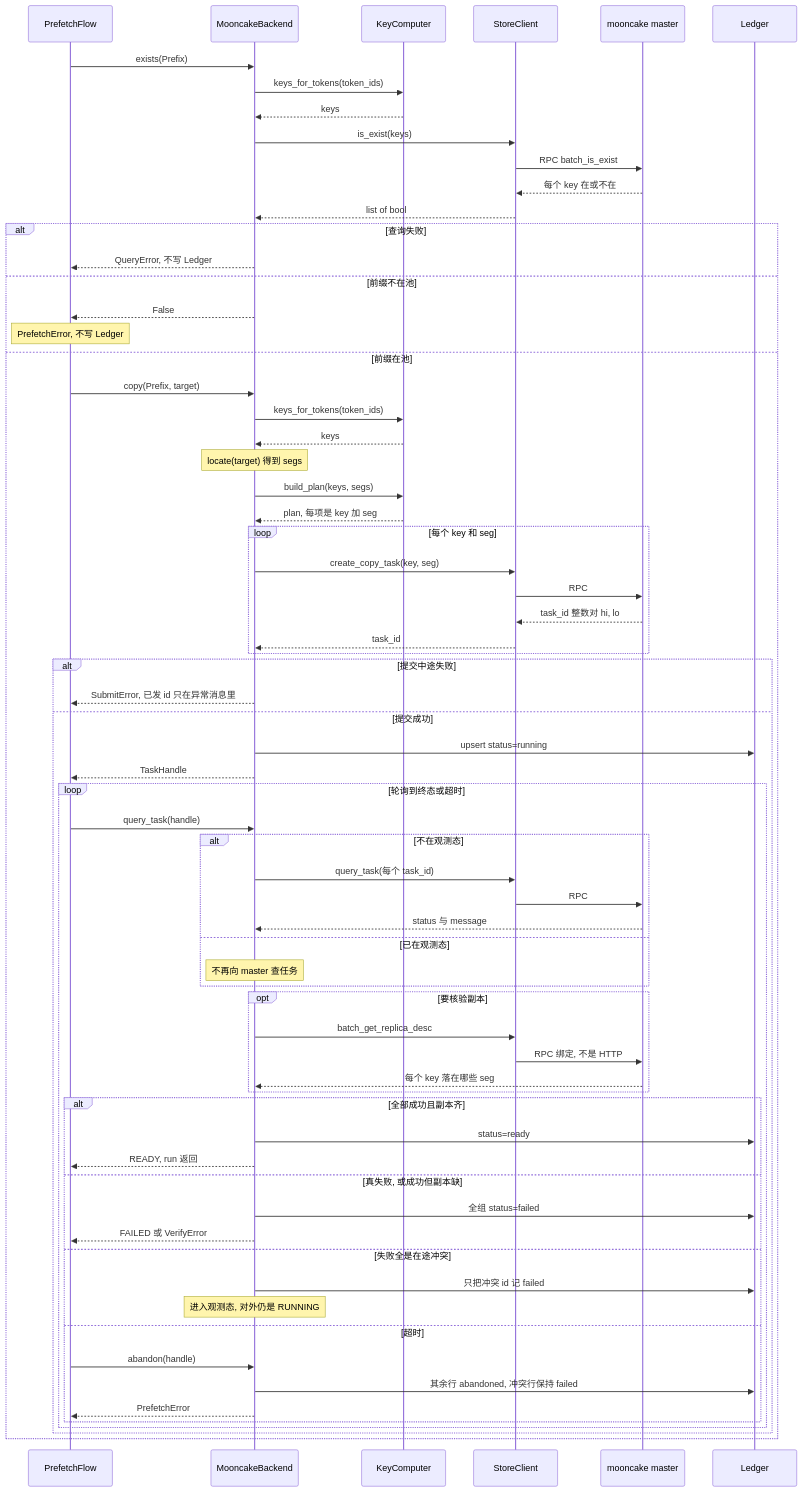
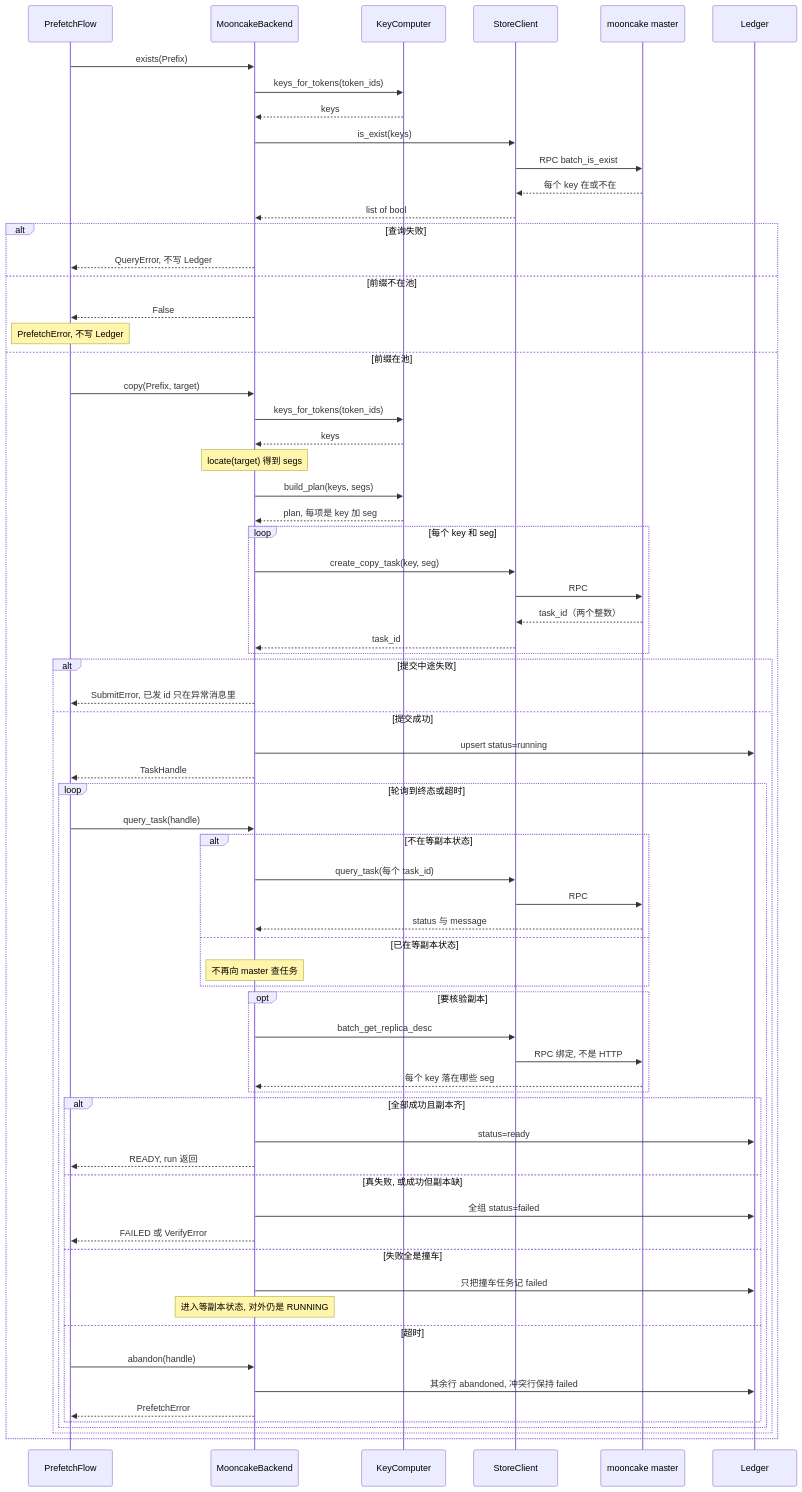
Before and after one commit to 5x8-40/lake: the second of 7 diagrams in kvcm/design/code-architecture.md, drawn with Mermaid. The commit also changed other lines of this file, not shown here.

````diff
--- a/kvcm/design/code-architecture.md
+++ b/kvcm/design/code-architecture.md
@@ -87,71 +115,71 @@
 ```mermaid
 sequenceDiagram
     participant Flow as PrefetchFlow
     participant BE as MooncakeBackend
     participant KC as KeyComputer
     participant SC as StoreClient
     participant M as mooncake master
     participant DB as Ledger
 
     Flow->>BE: exists(Prefix)
     BE->>KC: keys_for_tokens(token_ids)
     KC-->>BE: keys
     BE->>SC: is_exist(keys)
     SC->>M: RPC batch_is_exist
     M-->>SC: 每个 key 在或不在
     SC-->>BE: list of bool
     alt 查询失败
         BE-->>Flow: QueryError, 不写 Ledger
     else 前缀不在池
         BE-->>Flow: False
         Note over Flow: PrefetchError, 不写 Ledger
     else 前缀在池
         Flow->>BE: copy(Prefix, target)
         BE->>KC: keys_for_tokens(token_ids)
         KC-->>BE: keys
         Note over BE: locate(target) 得到 segs
         BE->>KC: build_plan(keys, segs)
         KC-->>BE: plan, 每项是 key 加 seg
         loop 每个 key 和 seg
             BE->>SC: create_copy_task(key, seg)
             SC->>M: RPC
-            M-->>SC: task_id 整数对 hi, lo
+            M-->>SC: task_id（两个整数）
             SC-->>BE: task_id
         end
         alt 提交中途失败
             BE-->>Flow: SubmitError, 已发 id 只在异常消息里
         else 提交成功
             BE->>DB: upsert status=running
             BE-->>Flow: TaskHandle
             loop 轮询到终态或超时
                 Flow->>BE: query_task(handle)
-                alt 不在观测态
+                alt 不在等副本状态
                     BE->>SC: query_task(每个 task_id)
                     SC->>M: RPC
                     M-->>BE: status 与 message
-                else 已在观测态
+                else 已在等副本状态
                     Note over BE: 不再向 master 查任务
                 end
                 opt 要核验副本
                     BE->>SC: batch_get_replica_desc
                     SC->>M: RPC 绑定, 不是 HTTP
                     M-->>BE: 每个 key 落在哪些 seg
                 end
                 alt 全部成功且副本齐
                     BE->>DB: status=ready
                     BE-->>Flow: READY, run 返回
                 else 真失败, 或成功但副本缺
                     BE->>DB: 全组 status=failed
                     BE-->>Flow: FAILED 或 VerifyError
-                else 失败全是在途冲突
-                    BE->>DB: 只把冲突 id 记 failed
-                    Note over BE: 进入观测态, 对外仍是 RUNNING
+                else 失败全是撞车
+                    BE->>DB: 只把撞车任务记 failed
+                    Note over BE: 进入等副本状态, 对外仍是 RUNNING
                 else 超时
                     Flow->>BE: abandon(handle)
                     BE->>DB: 其余行 abandoned, 冲突行保持 failed
                     BE-->>Flow: PrefetchError
                 end
             end
         end
     end
 ```
````
